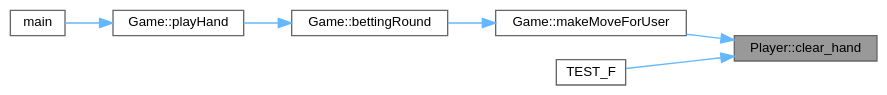
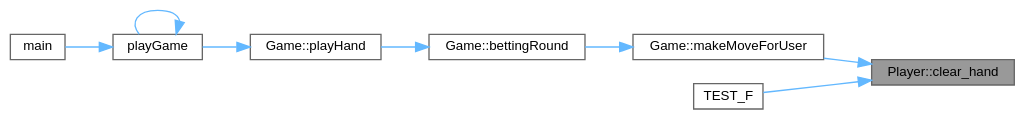
One commit to jesstyrrell/cosc345 changed the diagram in class_player_a174449e6ad5253666daa744a02054066_icgraph.dot. Above: the diagram before and after it, drawn with Graphviz. The commit also changed 182 other files, not shown here.

```diff
--- a/class_player_a174449e6ad5253666daa744a02054066_icgraph.dot
+++ b/class_player_a174449e6ad5253666daa744a02054066_icgraph.dot
@@ -1,20 +1,23 @@
 digraph "Player::clear_hand"
 {
  // INTERACTIVE_SVG=YES
  // LATEX_PDF_SIZE
   bgcolor="transparent";
   edge [fontname=Helvetica,fontsize=10,labelfontname=Helvetica,labelfontsize=10];
   node [fontname=Helvetica,fontsize=10,shape=box,height=0.2,width=0.4];
   rankdir="RL";
   Node1 [id="Node000001",label="Player::clear_hand",height=0.2,width=0.4,color="gray40", fillcolor="grey60", style="filled", fontcolor="black",tooltip="Clears the player's hand of all cards."];
   Node1 -> Node2 [id="edge1_Node000001_Node000002",dir="back",color="steelblue1",style="solid",tooltip=" "];
   Node2 [id="Node000002",label="Game::makeMoveForUser",height=0.2,width=0.4,color="grey40", fillcolor="white", style="filled",URL="$class_game.html#a1a44850a64799e17f43f22b560275157",tooltip="Processes a move made by the user."];
   Node2 -> Node3 [id="edge2_Node000002_Node000003",dir="back",color="steelblue1",style="solid",tooltip=" "];
   Node3 [id="Node000003",label="Game::bettingRound",height=0.2,width=0.4,color="grey40", fillcolor="white", style="filled",URL="$class_game.html#a0de5cbe2125b0929a0bc8d2e6cdd64d5",tooltip="Conducts a betting round."];
   Node3 -> Node4 [id="edge3_Node000003_Node000004",dir="back",color="steelblue1",style="solid",tooltip=" "];
   Node4 [id="Node000004",label="Game::playHand",height=0.2,width=0.4,color="grey40", fillcolor="white", style="filled",URL="$class_game.html#ab72401c43b303a37dec67f3d6b75a927",tooltip="Plays a single hand of poker."];
   Node4 -> Node5 [id="edge4_Node000004_Node000005",dir="back",color="steelblue1",style="solid",tooltip=" "];
-  Node5 [id="Node000005",label="main",height=0.2,width=0.4,color="grey40", fillcolor="white", style="filled",URL="$main_8cpp.html#a0ddf1224851353fc92bfbff6f499fa97",tooltip=" "];
-  Node1 -> Node6 [id="edge5_Node000001_Node000006",dir="back",color="steelblue1",style="solid",tooltip=" "];
-  Node6 [id="Node000006",label="TEST_F",height=0.2,width=0.4,color="grey40", fillcolor="white", style="filled",URL="$test___player_8cc.html#a38f9fab47bdf5edd49895674541a4cb8",tooltip=" "];
+  Node5 [id="Node000005",label="playGame",height=0.2,width=0.4,color="grey40", fillcolor="white", style="filled",URL="$main_8cpp.html#a4cbfdb17bf51e00546880626f7e80429",tooltip=" "];
+  Node5 -> Node6 [id="edge5_Node000005_Node000006",dir="back",color="steelblue1",style="solid",tooltip=" "];
+  Node6 [id="Node000006",label="main",height=0.2,width=0.4,color="grey40", fillcolor="white", style="filled",URL="$main_8cpp.html#a0ddf1224851353fc92bfbff6f499fa97",tooltip=" "];
+  Node5 -> Node5 [id="edge6_Node000005_Node000005",dir="back",color="steelblue1",style="solid",tooltip=" "];
+  Node1 -> Node7 [id="edge7_Node000001_Node000007",dir="back",color="steelblue1",style="solid",tooltip=" "];
+  Node7 [id="Node000007",label="TEST_F",height=0.2,width=0.4,color="grey40", fillcolor="white", style="filled",URL="$test___player_8cc.html#a38f9fab47bdf5edd49895674541a4cb8",tooltip=" "];
 }
```
